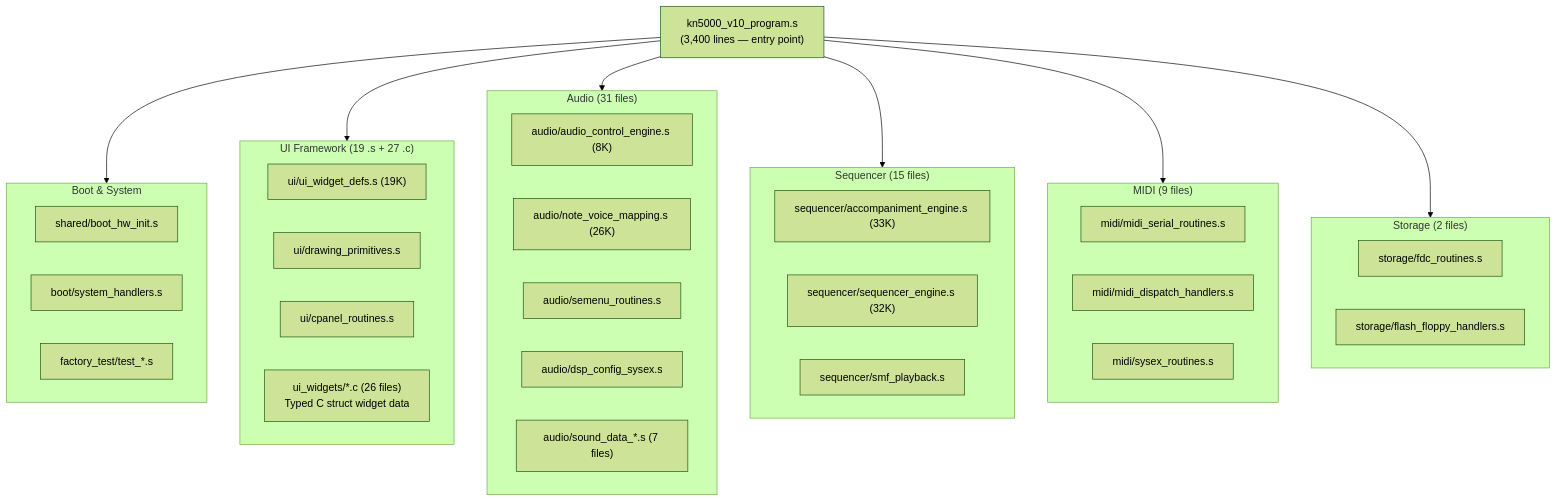
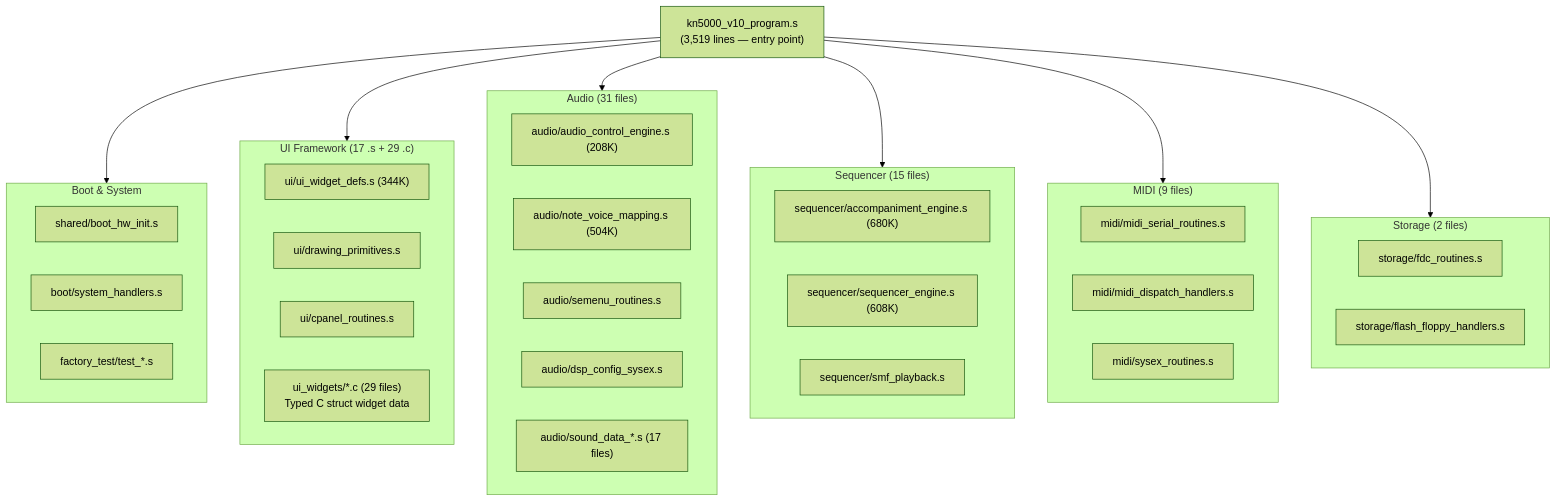
Before and after one commit to ArqueologiaDigital/KN5000-docs: the seventh of 7 diagrams in firmware-flowchart.md, drawn with Mermaid (forest theme). The commit also changed other lines of this file and 2 other files, not shown here.

Commit message:
Correctness pass: DSP execution status, stale flowchart stats, label casing
effects-dsp.md: MAME now has an experimental opt-in uPD6383 execution core
(199/285 frame words run, 108 fully, 0 frames complete) -- the old "no
execution" claim was stale. firmware-flowchart.md: file counts, sizes and
line counts were from before the disassembly grew (spot-checked against
v10/maincpu today). subcpu-payload-provenance.md: fixed DbMemoryDumpProc
casing.

```diff
--- a/firmware-flowchart.md
+++ b/firmware-flowchart.md
@@ -205,49 +205,49 @@
 <pre class="mermaid">
 flowchart TD
-    MAIN["kn5000_v10_program.s<br/>(3,400 lines — entry point)"]
+    MAIN["kn5000_v10_program.s<br/>(3,519 lines — entry point)"]
 
     subgraph BOOT_FILES ["Boot & System"]
         BOOT_HW["shared/boot_hw_init.s"]
         SYS_HAND["boot/system_handlers.s"]
         FACTORY["factory_test/test_*.s"]
     end
 
-    subgraph UI_FILES ["UI Framework (19 .s + 27 .c)"]
-        WIDGET_DEFS["ui/ui_widget_defs.s (19K)"]
+    subgraph UI_FILES ["UI Framework (17 .s + 29 .c)"]
+        WIDGET_DEFS["ui/ui_widget_defs.s (344K)"]
         DRAW_PRIM["ui/drawing_primitives.s"]
         CPANEL_RT["ui/cpanel_routines.s"]
-        NAKA_C["ui_widgets/*.c (26 files)<br/>Typed C struct widget data"]
+        NAKA_C["ui_widgets/*.c (29 files)<br/>Typed C struct widget data"]
     end
 
     subgraph AUDIO_FILES ["Audio (31 files)"]
-        ACE["audio/audio_control_engine.s (8K)"]
-        NVM["audio/note_voice_mapping.s (26K)"]
+        ACE["audio/audio_control_engine.s (208K)"]
+        NVM["audio/note_voice_mapping.s (504K)"]
         SEMENU["audio/semenu_routines.s"]
         DSP_CFG["audio/dsp_config_sysex.s"]
-        SND_DATA["audio/sound_data_*.s (7 files)"]
+        SND_DATA["audio/sound_data_*.s (17 files)"]
     end
 
     subgraph SEQ_FILES ["Sequencer (15 files)"]
-        ACC_ENG["sequencer/accompaniment_engine.s (33K)"]
-        SEQ_ENG["sequencer/sequencer_engine.s (32K)"]
+        ACC_ENG["sequencer/accompaniment_engine.s (680K)"]
+        SEQ_ENG["sequencer/sequencer_engine.s (608K)"]
         SMF_PLAY["sequencer/smf_playback.s"]
     end
 
     subgraph MIDI_FILES ["MIDI (9 files)"]
         MIDI_SER["midi/midi_serial_routines.s"]
         MIDI_DISP["midi/midi_dispatch_handlers.s"]
         SYSEX["midi/sysex_routines.s"]
     end
 
     subgraph STORAGE_FILES ["Storage (2 files)"]
         FDC_RT["storage/fdc_routines.s"]
         FLASH_RT["storage/flash_floppy_handlers.s"]
     end
 
     MAIN --> BOOT_FILES
     MAIN --> UI_FILES
     MAIN --> AUDIO_FILES
     MAIN --> SEQ_FILES
     MAIN --> MIDI_FILES
     MAIN --> STORAGE_FILES
 </pre>
```
